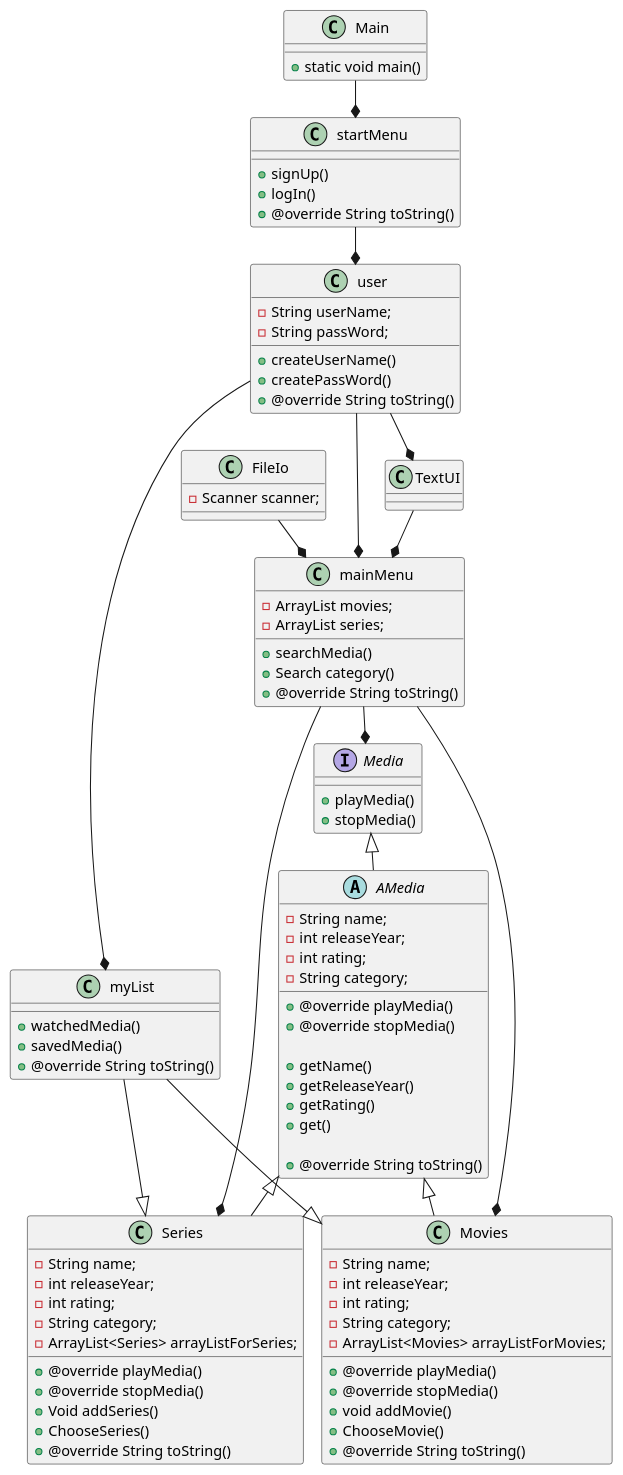
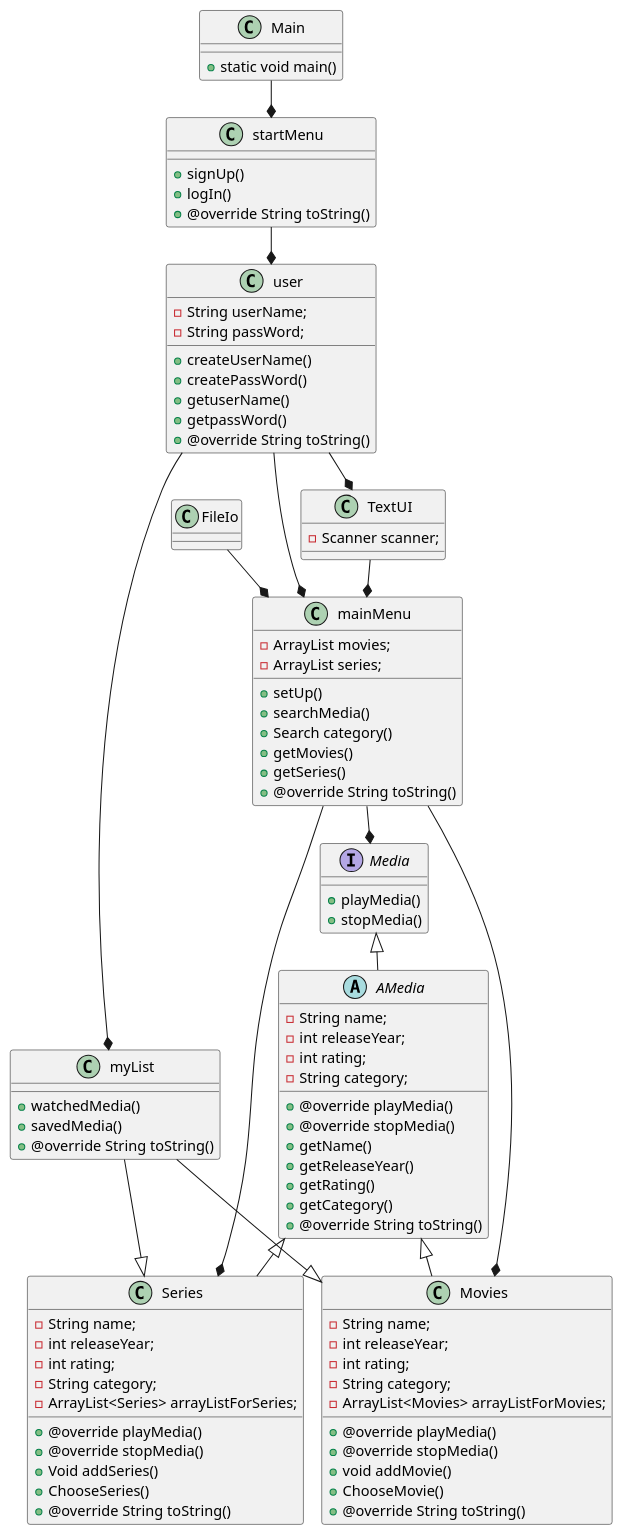
One commit to Umair-230104/SP3 changed the diagram in SP3-gruppe/doc/classdiagram/netflixdiagram.puml. Above: the diagram before and after it, drawn with PlantUML.

Commit message:
Add files via upload
a

```diff
--- a/SP3-gruppe/doc/classdiagram/netflixdiagram.puml
+++ b/SP3-gruppe/doc/classdiagram/netflixdiagram.puml
@@ -1,124 +1,125 @@
 @startuml
 !pragma layout smetana
 'https://plantuml.com/sequence-diagram
 
 Class Main{
 + static void main()
 
 }
 
 Class startMenu{
 + signUp()
 + logIn()
 +@override String toString()
 
 }
 
 Class user{
 -String userName;
 -String passWord;
 
 +createUserName()
 +createPassWord()
++getuserName()
++getpassWord()
 +@override String toString()
 
 }
 
 Class TextUI {
+-Scanner scanner;
 
 }
 
 Class FileIo{
--Scanner scanner;
+
+
 }
 
 Class mainMenu{
 -ArrayList movies;
 -ArrayList series;
 
++setUp()
 +searchMedia()
 +Search category()
++getMovies()
++getSeries()
 +@override String toString()
 
 }
 
 Class myList{
 +watchedMedia()
 +savedMedia()
 +@override String toString()
 }
 
 interface Media{
 +playMedia()
 +stopMedia()
 
 }
 
 abstract class AMedia extends Media{
 -String name;
 -int releaseYear;
 -int rating;
 -String category;
 
 +@override playMedia()
 +@override stopMedia()
-
 +getName()
 +getReleaseYear()
 +getRating()
-+get()
-
++getCategory()
 +@override String toString()
 
 
 }
 
 Class Movies extends AMedia{
 -String name;
 -int releaseYear;
 -int rating;
 -String category;
 -ArrayList<Movies> arrayListForMovies;
 
 +@override playMedia()
 +@override stopMedia()
 +void addMovie()
 +ChooseMovie()
 +@override String toString()
 
 }
 
 Class Series extends AMedia{
 -String name;
 -int releaseYear;
 -int rating;
 -String category;
 -ArrayList<Series> arrayListForSeries;
 
 +@override playMedia()
 +@override stopMedia()
 +Void addSeries()
 +ChooseSeries()
 +@override String toString()
 
 }
 
 
-
-
 Main --* startMenu
 startMenu --* user
 user --* mainMenu
 user --* myList
 FileIo --* mainMenu
 user--* TextUI
 mainMenu --* Movies
 mainMenu --* Series
 myList --|> Movies
 myList --|> Series
 mainMenu --* Media
 TextUI --* mainMenu
 
-
-
 @enduml
```
